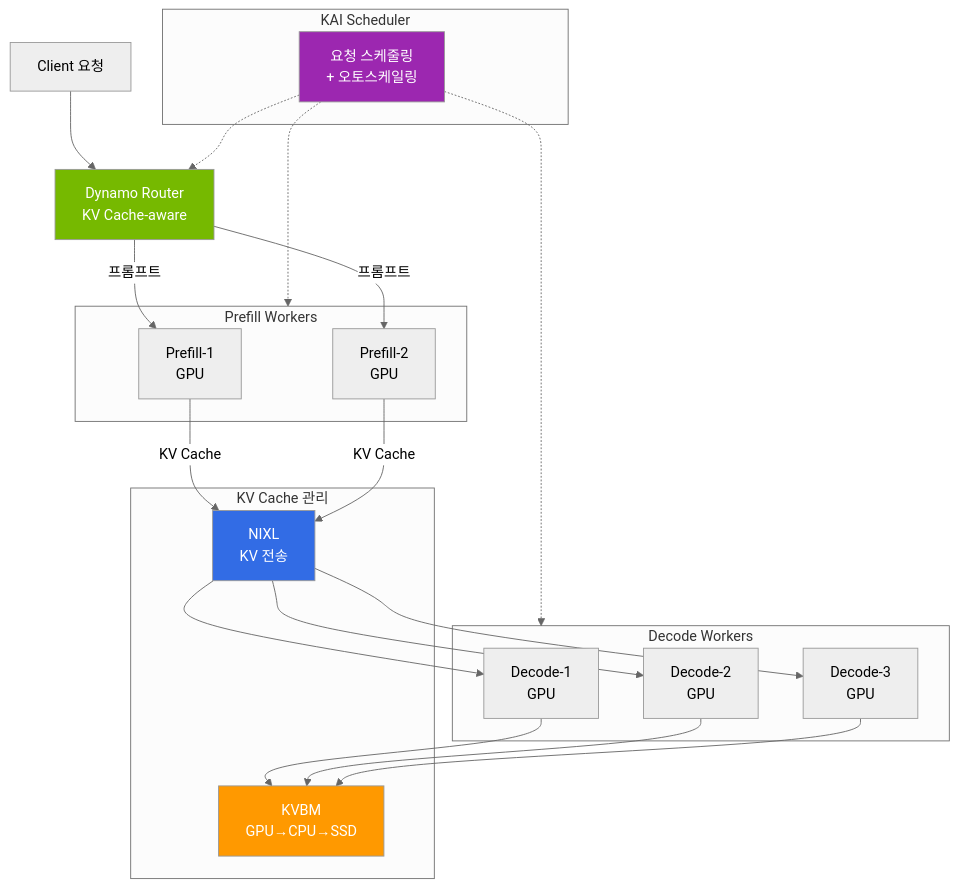
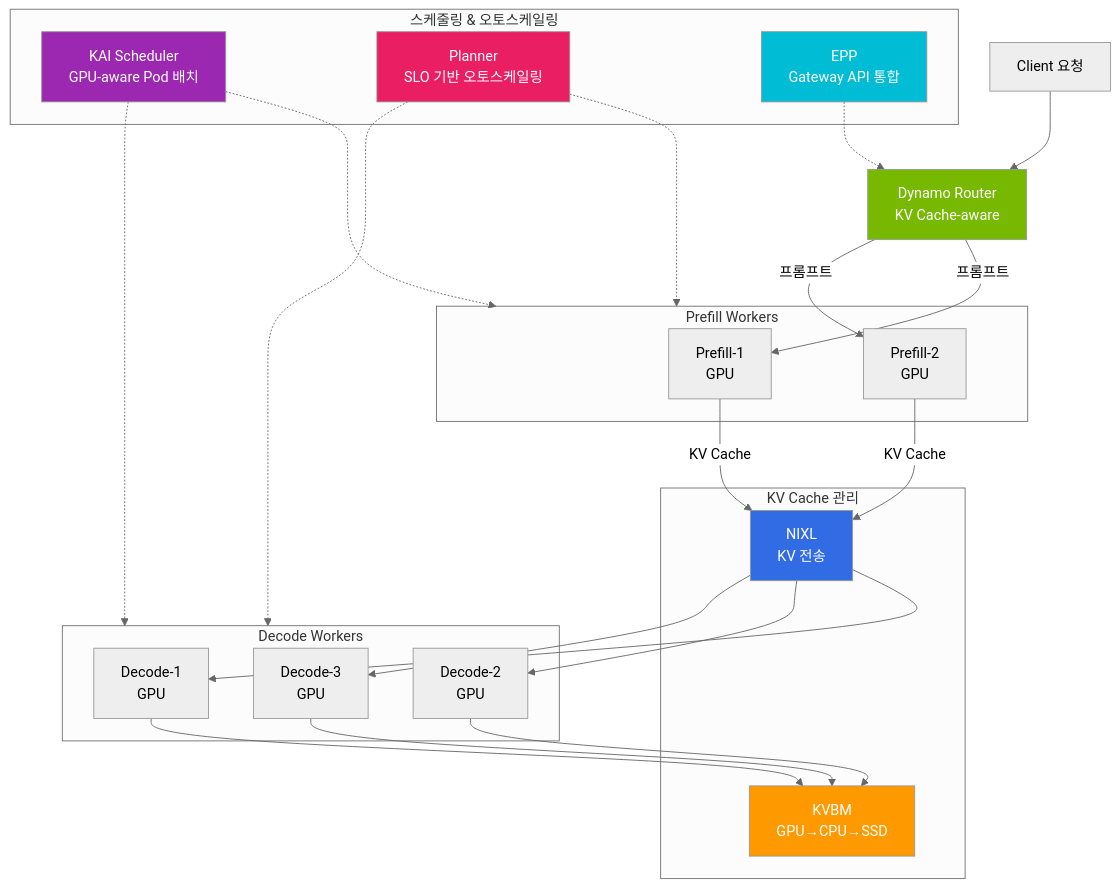
The third of 3 diagrams in docs/agentic-ai-platform/model-serving/nvidia-gpu-stack.md (devfloor9/engineering-playbook), drawn with Mermaid (neutral theme) before and after one commit. The commit also changed other lines of this file and 1 other file, not shown here.

First line of the commit message:
fix: GPU Operator/DCGM/KAI Scheduler/Dynamo/LLM-D 문서 오류 수정

````diff
--- a/docs/agentic-ai-platform/model-serving/nvidia-gpu-stack.md
+++ b/docs/agentic-ai-platform/model-serving/nvidia-gpu-stack.md
@@ -576,44 +611,50 @@
 ```mermaid
 flowchart TD
     CLIENT["Client 요청"] --> ROUTER["Dynamo Router<br/>KV Cache-aware"]
 
     subgraph Prefill["Prefill Workers"]
         PF1["Prefill-1<br/>GPU"]
         PF2["Prefill-2<br/>GPU"]
     end
 
     subgraph Decode["Decode Workers"]
         DC1["Decode-1<br/>GPU"]
         DC2["Decode-2<br/>GPU"]
         DC3["Decode-3<br/>GPU"]
     end
 
     subgraph KVCache["KV Cache 관리"]
         KVBM["KVBM<br/>GPU→CPU→SSD"]
         NIXL["NIXL<br/>KV 전송"]
     end
 
     ROUTER -->|"프롬프트"| PF1
     ROUTER -->|"프롬프트"| PF2
     PF1 -->|"KV Cache"| NIXL
     PF2 -->|"KV Cache"| NIXL
     NIXL --> DC1
     NIXL --> DC2
     NIXL --> DC3
     DC1 --> KVBM
     DC2 --> KVBM
     DC3 --> KVBM
 
-    subgraph Scheduler["KAI Scheduler"]
-        KAI["요청 스케줄링<br/>+ 오토스케일링"]
+    subgraph Scheduler["스케줄링 & 오토스케일링"]
+        KAI["KAI Scheduler<br/>GPU-aware Pod 배치"]
+        PLANNER["Planner<br/>SLO 기반 오토스케일링"]
+        EPP["EPP<br/>Gateway API 통합"]
     end
 
-    KAI -.-> ROUTER
     KAI -.-> Prefill
     KAI -.-> Decode
+    PLANNER -.-> Prefill
+    PLANNER -.-> Decode
+    EPP -.-> ROUTER
 
     style ROUTER fill:#76b900,color:#fff
     style NIXL fill:#326ce5,color:#fff
     style KVBM fill:#ff9900,color:#fff
     style KAI fill:#9c27b0,color:#fff
+    style PLANNER fill:#e91e63,color:#fff
+    style EPP fill:#00bcd4,color:#fff
 ```
````
